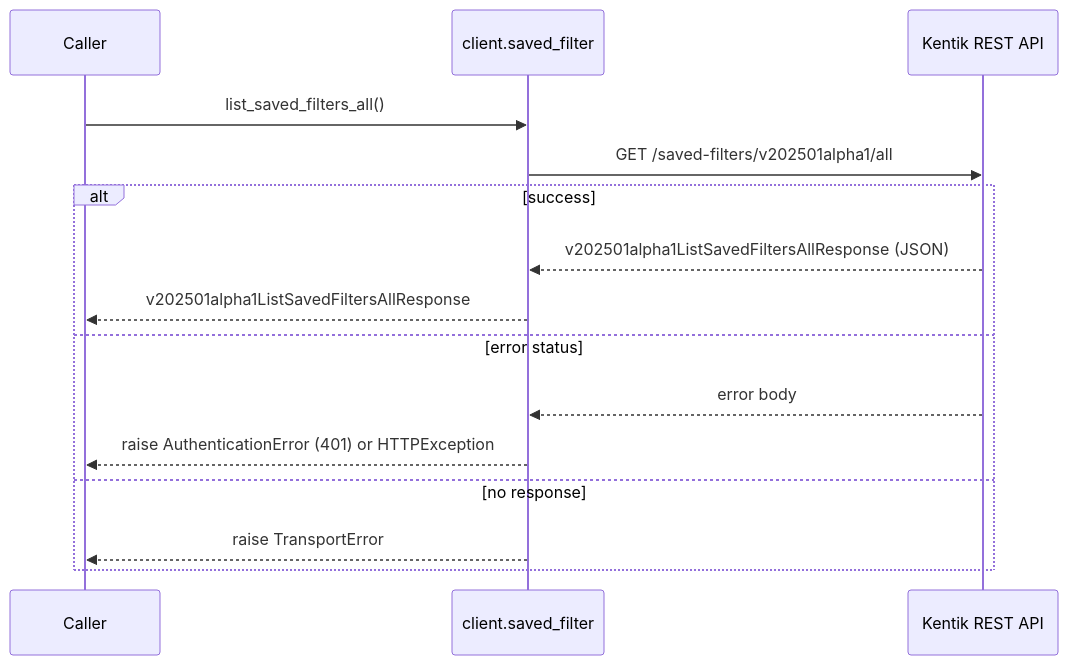
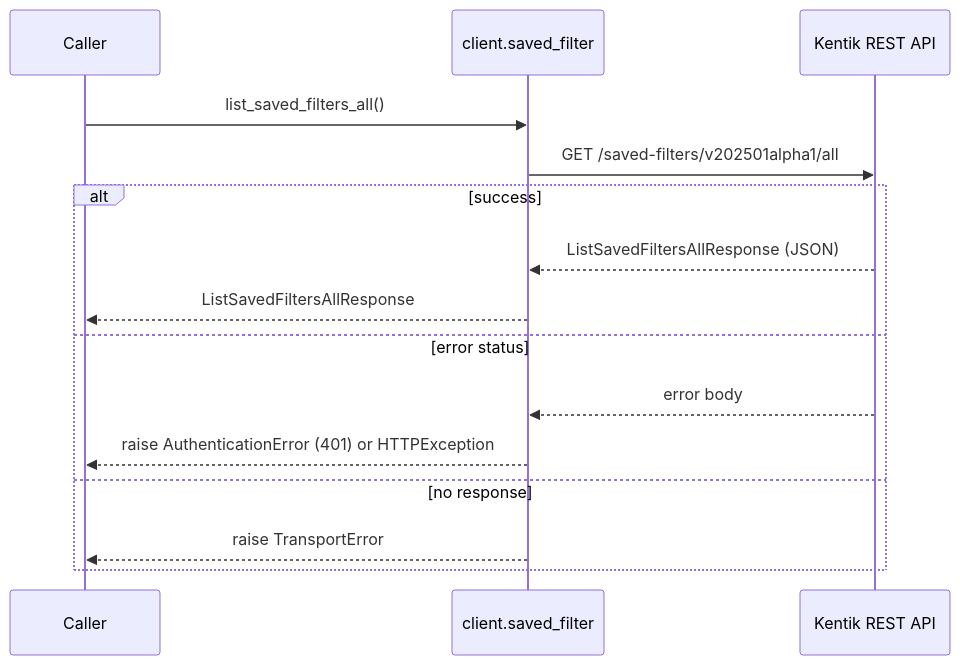
Before and after one commit to alexdearaujo/community_sdk_python: diagram 12 of 14 in docs/sphinx/services/saved_filter.md, drawn with Mermaid. The commit also changed other lines of this file and 38 other files, not shown here.

````diff
--- a/docs/sphinx/services/saved_filter.md
+++ b/docs/sphinx/services/saved_filter.md
@@ -412,18 +412,18 @@
 ```mermaid
 sequenceDiagram
     participant C as Caller
     participant W as client.saved_filter
     participant API as Kentik REST API
 
     C->>W: list_saved_filters_all()
     W->>API: GET /saved-filters/v202501alpha1/all
     alt success
-        API-->>W: v202501alpha1ListSavedFiltersAllResponse (JSON)
-        W-->>C: v202501alpha1ListSavedFiltersAllResponse
+        API-->>W: ListSavedFiltersAllResponse (JSON)
+        W-->>C: ListSavedFiltersAllResponse
     else error status
         API-->>W: error body
         W-->>C: raise AuthenticationError (401) or HTTPException
     else no response
         W-->>C: raise TransportError
     end
 ```
````
